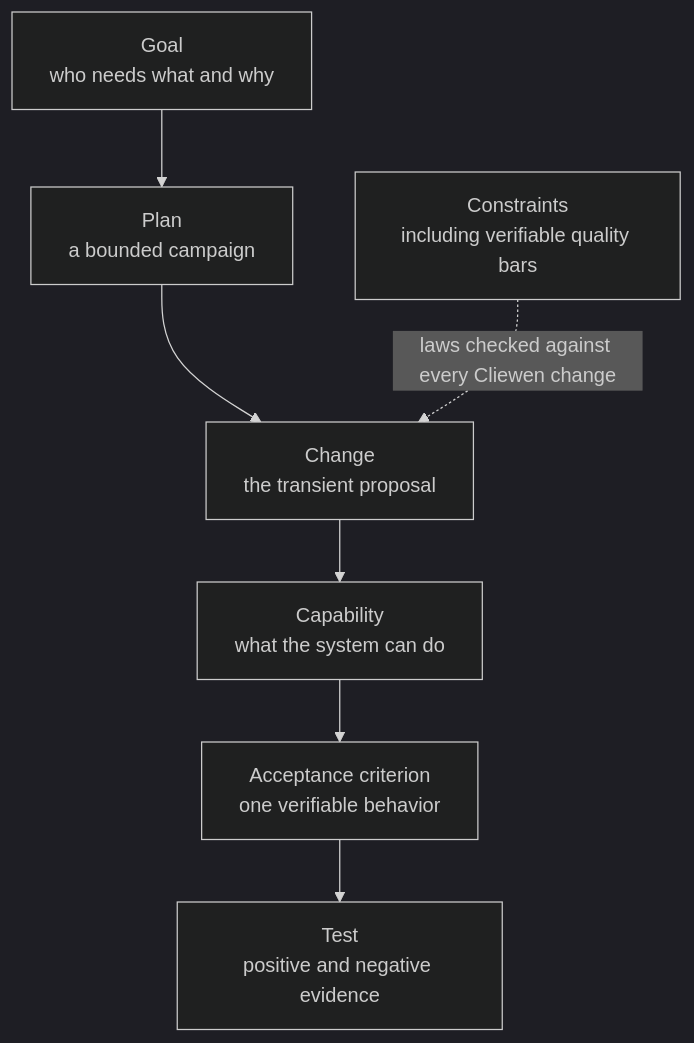
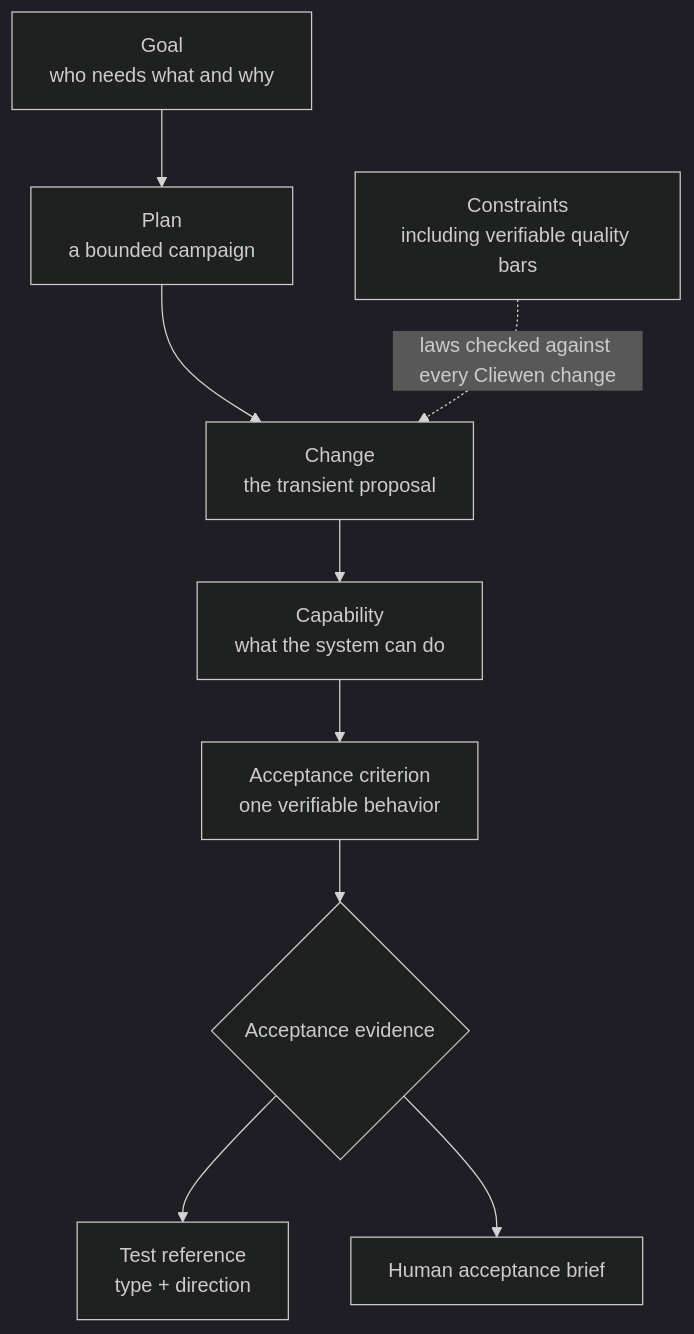
The diagram in guide/methodology.md (cliewen/cliewen), drawn with Mermaid (dark theme) before and after one commit. The commit also changed other lines of this file and 55 other files, not shown here.

````diff
--- a/guide/methodology.md
+++ b/guide/methodology.md
@@ -5,9 +5,11 @@
 ```mermaid
 flowchart TD
     G[Goal<br/>who needs what and why] --> P[Plan<br/>a bounded campaign]
     P --> CH[Change<br/>the transient proposal]
     CH --> CAP[Capability<br/>what the system can do]
     CAP --> AC[Acceptance criterion<br/>one verifiable behavior]
-    AC --> T[Test<br/>positive and negative evidence]
+    AC --> E{Acceptance evidence}
+    E --> T[Test reference<br/>type + direction]
+    E --> H[Human acceptance brief]
     C[Constraints<br/>including verifiable quality bars] -. laws checked against every Cliewen change .-> CH
 ```
````
